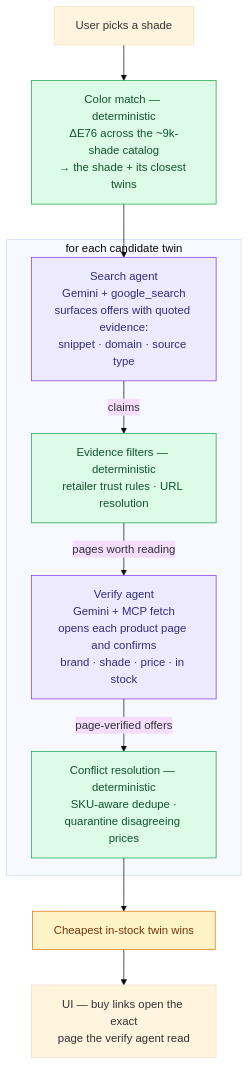
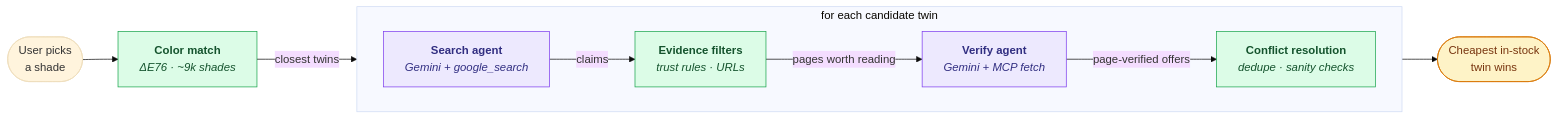
Before and after one commit to LipstickByColor/lipstick-twin-agent-: the diagram in README.md, drawn with Mermaid (base theme). The commit also changed other lines of this file and 1 other file, not shown here.

````diff
--- a/README.md
+++ b/README.md
@@ -148,20 +118,20 @@
 ```mermaid
-flowchart TD
-    U["User picks a shade"] --> TIE["Color match — deterministic<br/>ΔE76 across the ~9k-shade catalog<br/>→ the shade + its closest twins"]
-    TIE --> S1
-    subgraph LOOP["for each candidate twin"]
-        S1["Search agent<br/>Gemini + google_search<br/>surfaces offers with quoted evidence:<br/>snippet · domain · source type"]
-        S1 -- "claims" --> FLT["Evidence filters — deterministic<br/>retailer trust rules · URL resolution"]
-        FLT -- "pages worth reading" --> S2["Verify agent<br/>Gemini + MCP fetch<br/>opens each product page and confirms<br/>brand · shade · price · in stock"]
-        S2 -- "page-verified offers" --> CR["Conflict resolution — deterministic<br/>SKU-aware dedupe ·<br/>quarantine disagreeing prices"]
+flowchart LR
+    U(["User picks<br/>a shade"]) --> TIE["<b>Color match</b><br/><i>ΔE76 · ~9k shades</i>"]
+    TIE -- "closest twins" --> S1
+    subgraph LOOP["&nbsp;for each candidate twin&nbsp;"]
+        direction LR
+        S1["<b>Search agent</b><br/><i>Gemini + google_search</i>"]
+        S1 -- "claims" --> FLT["<b>Evidence filters</b><br/><i>trust rules · URLs</i>"]
+        FLT -- "pages worth reading" --> S2["<b>Verify agent</b><br/><i>Gemini + MCP fetch</i>"]
+        S2 -- "page-verified offers" --> CR["<b>Conflict resolution</b><br/><i>dedupe · sanity checks</i>"]
     end
-    CR --> WIN["Cheapest in-stock twin wins"]
-    WIN --> UI["UI — buy links open the exact<br/>page the verify agent read"]
+    CR --> WIN(["Cheapest in-stock<br/>twin wins"])
 
     classDef agent fill:#ede9fe,stroke:#7c3aed,color:#312e81
     classDef det fill:#dcfce7,stroke:#16a34a,color:#14532d
     classDef outcome fill:#fef3c7,stroke:#d97706,color:#78350f
     class S1,S2 agent
     class TIE,FLT,CR det
     class WIN outcome
 ```
````
